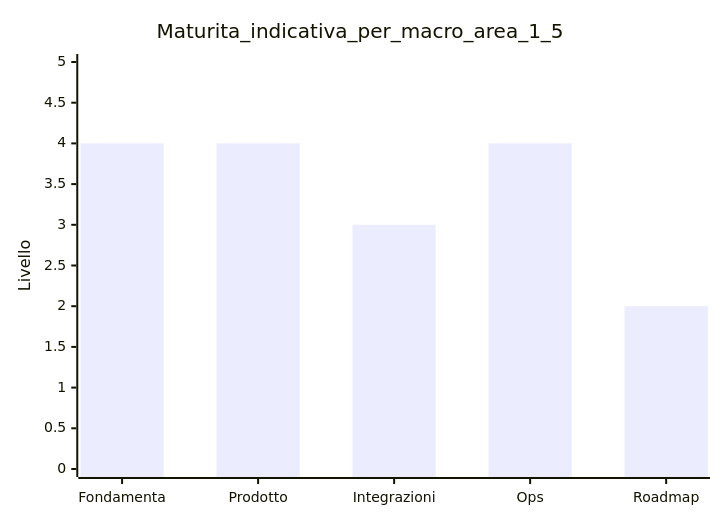
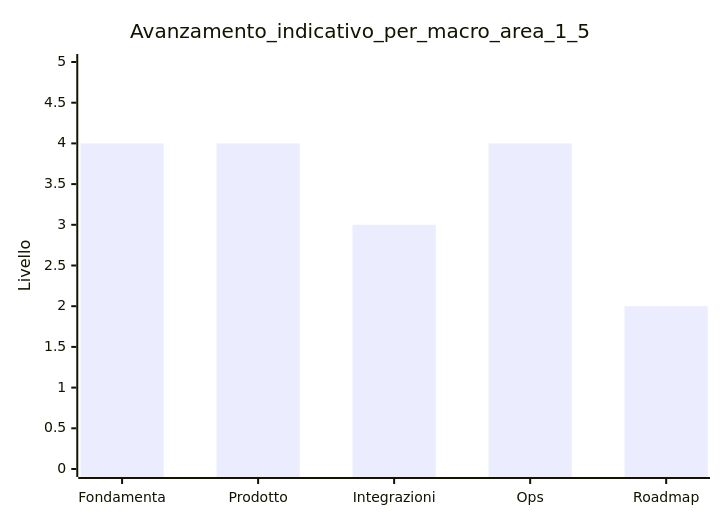
One commit to arch-stefanozanetti/tecma changed the second of 2 diagrams in business/tecma-digital-platform/followup-3.0/docs/executive/03-domain-maturity-matrix.md. Above: the diagram before and after it, drawn with Mermaid. The commit also changed other lines of this file and 11 other files, not shown here.

````diff
--- a/business/tecma-digital-platform/followup-3.0/docs/executive/03-domain-maturity-matrix.md
+++ b/business/tecma-digital-platform/followup-3.0/docs/executive/03-domain-maturity-matrix.md
@@ -30,7 +42,7 @@
 ```mermaid
 xychart-beta
-    title Maturita_indicativa_per_macro_area_1_5
+    title Avanzamento_indicativo_per_macro_area_1_5
     x-axis [Fondamenta, Prodotto, Integrazioni, Ops, Roadmap]
     y-axis "Livello" 0 --> 5
     bar [4, 4, 3, 4, 2]
 ```
````
